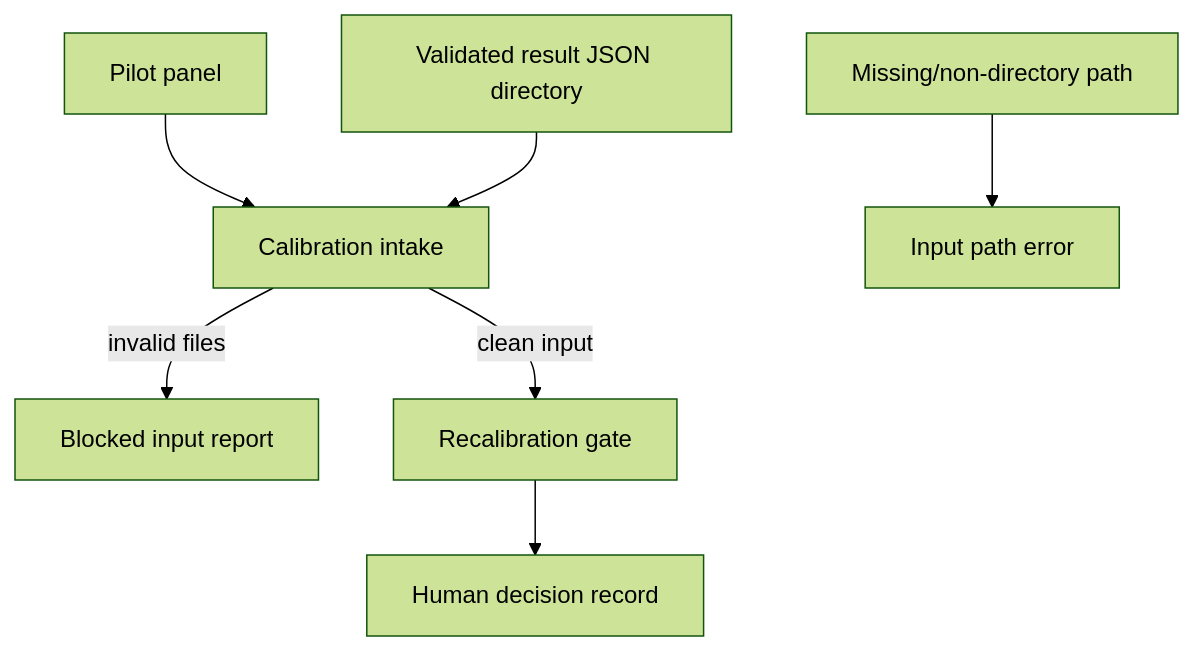
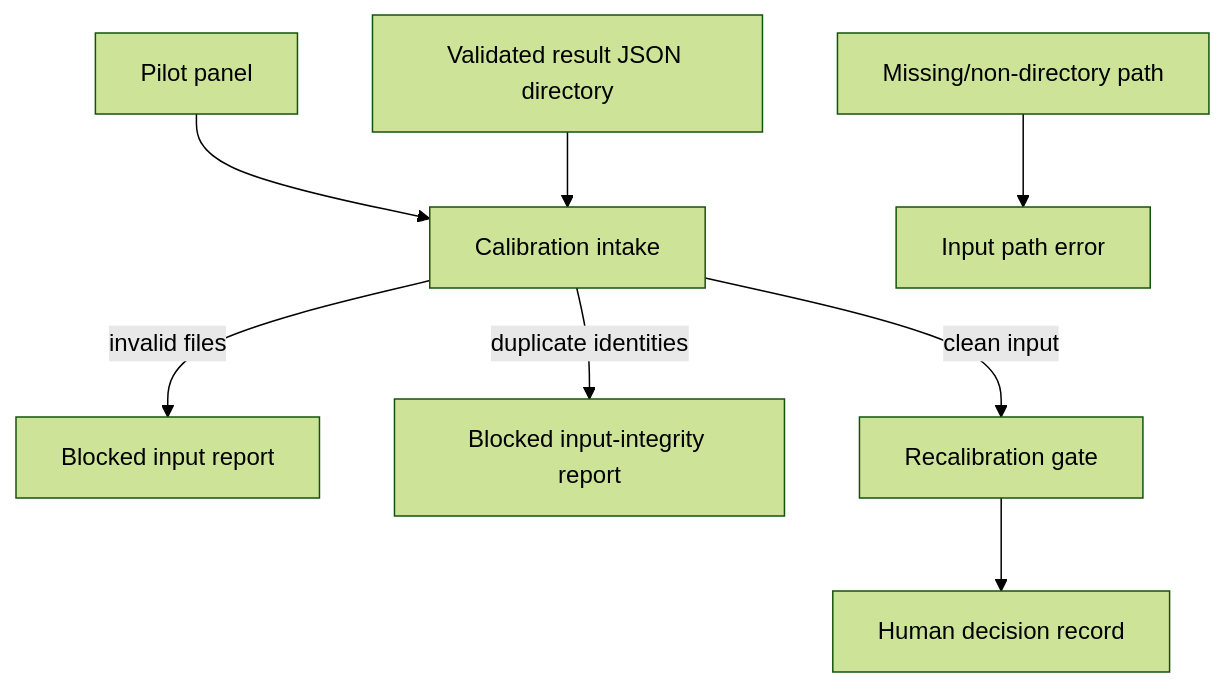
The first of 2 diagrams in src/openamp_foundry/calibration/AGENTS.md (streamentry/OpenAMP-Foundry), drawn with Mermaid (forest theme) before and after one commit. The commit also changed other lines of this file and 15 other files, not shown here.

First line of the commit message:
fix: block duplicate lab result identities

````diff
--- a/src/openamp_foundry/calibration/AGENTS.md
+++ b/src/openamp_foundry/calibration/AGENTS.md
@@ -16,9 +16,10 @@
 ```mermaid
 flowchart TD
   Panel["Pilot panel"] --> Intake["Calibration intake"]
   Results["Validated result JSON directory"] --> Intake
   Missing["Missing/non-directory path"] --> PathBlock["Input path error"]
   Intake -->|invalid files| Block["Blocked input report"]
+  Intake -->|duplicate identities| IdentityBlock["Blocked input-integrity report"]
   Intake -->|clean input| Gate["Recalibration gate"]
   Gate --> Human["Human decision record"]
 ```
````
